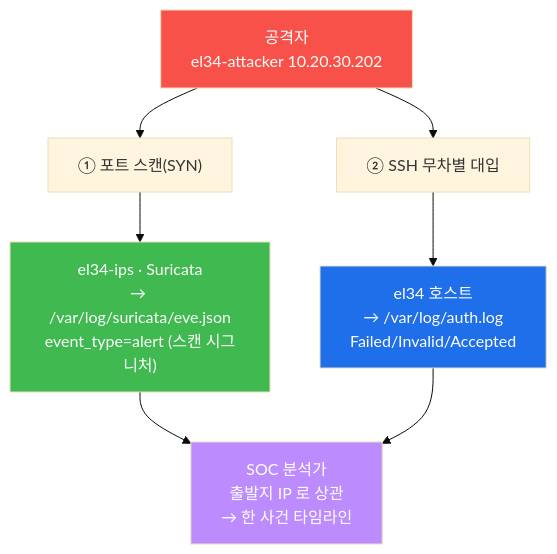
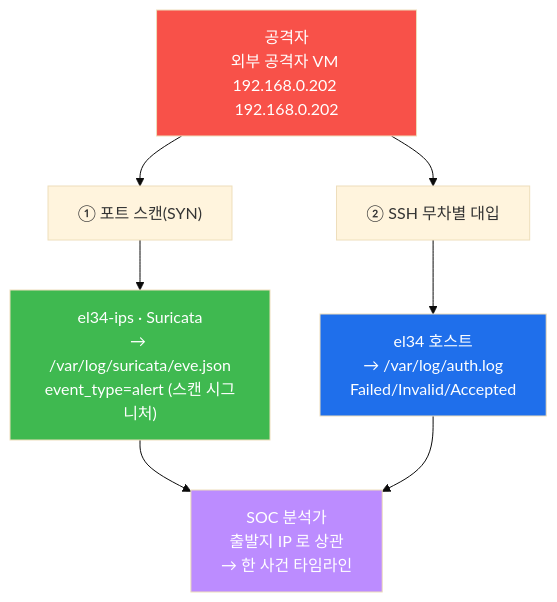
The second of 4 diagrams in contents/training/soc/lecture_week02.md (mrgrit/tw2), drawn with Mermaid (base theme) before and after one commit. The commit also changed other lines of this file and 304 other files, not shown here.

````diff
--- a/contents/training/soc/lecture_week02.md
+++ b/contents/training/soc/lecture_week02.md
@@ -138,17 +138,17 @@
 ```mermaid
 graph TD
-    ATK["공격자<br/>el34-attacker 10.20.30.202"]
+    ATK["공격자<br/>외부 공격자 VM 192.168.0.202 192.168.0.202"]
     SCAN["① 포트 스캔(SYN)"]
     BRUTE["② SSH 무차별 대입"]
     IPS["el34-ips · Suricata<br/>→ /var/log/suricata/eve.json<br/>event_type=alert (스캔 시그니처)"]
     AUTH["el34 호스트<br/>→ /var/log/auth.log<br/>Failed/Invalid/Accepted"]
     ANALYST["SOC 분석가<br/>출발지 IP 로 상관<br/>→ 한 사건 타임라인"]
     ATK --> SCAN --> IPS
     ATK --> BRUTE --> AUTH
     IPS --> ANALYST
     AUTH --> ANALYST
     style ATK fill:#f85149,color:#fff
     style IPS fill:#3fb950,color:#fff
     style AUTH fill:#1f6feb,color:#fff
     style ANALYST fill:#bc8cff,color:#fff
 ```
````
